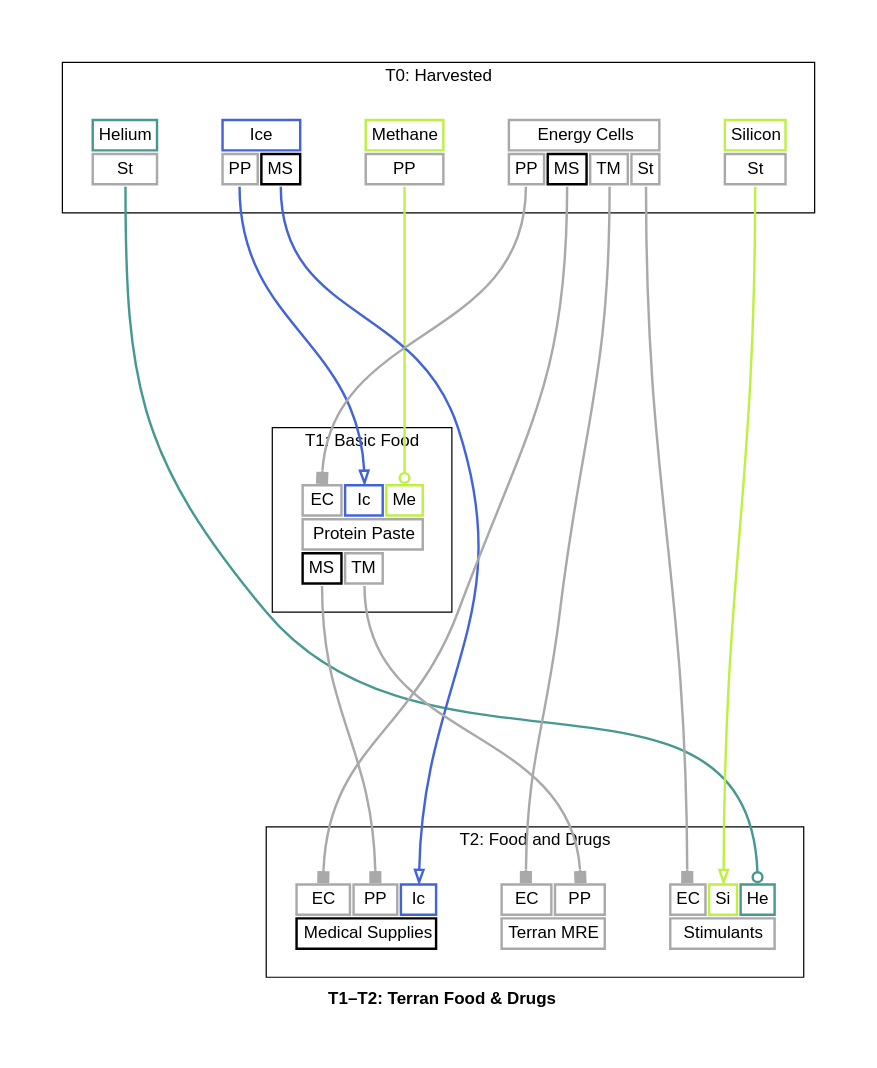
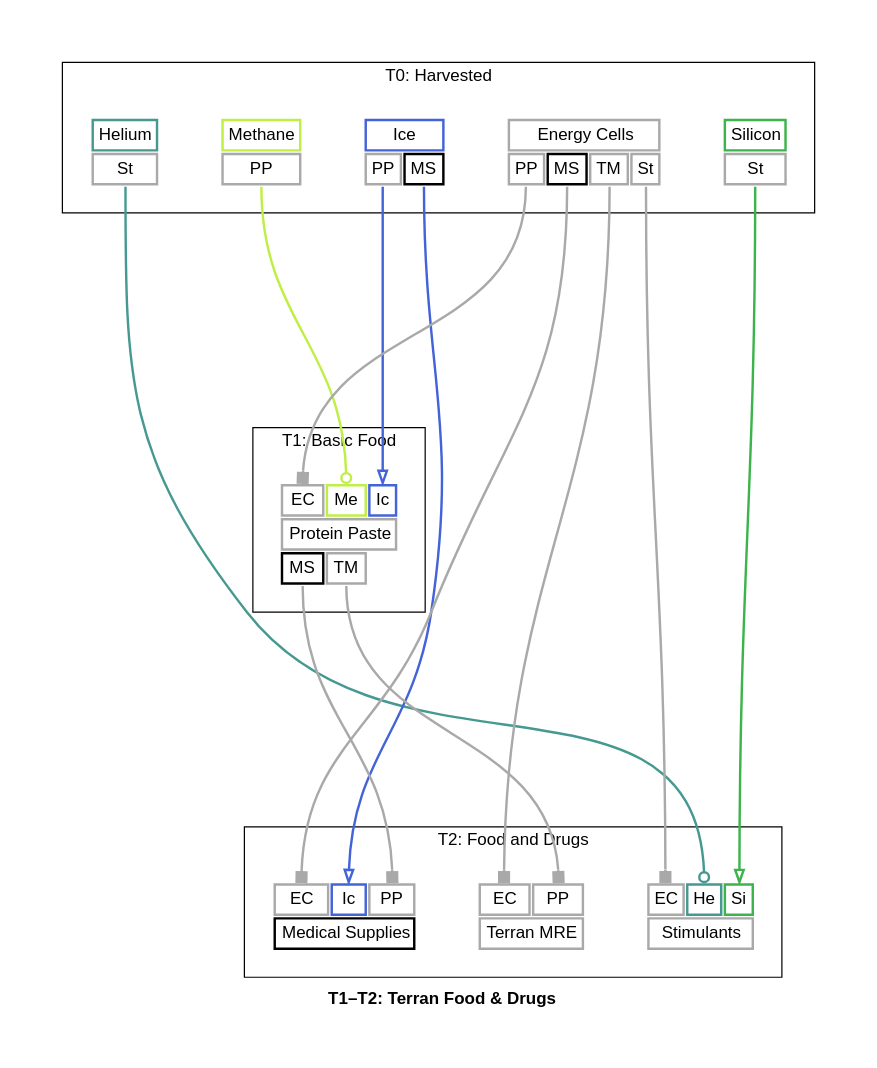
Before and after one commit to borntyping/x4-diagrams: the diagram in docs/t1_t2_terran_food_drugs_graph_full.dot, drawn with Graphviz. The commit also changed 80 other files, not shown here.

```diff
--- a/docs/t1_t2_terran_food_drugs_graph_full.dot
+++ b/docs/t1_t2_terran_food_drugs_graph_full.dot
@@ -1,175 +1,175 @@
 digraph "X4 Economy" {
 	edge [arrowType=normal]
 	compound=true fontname="Helvetica,Arial,sans-serif"
 	label=<<b>T1–T2: Terran Food &amp; Drugs</b>>
 	graph [nodesep=0.3 pad=0.5 ranksep=3]
 	node [color=slategray1 fontname="Helvetica,Arial,sans-serif" margin=0.2 penwidth=2.0 shape=plaintext]
 	edge [arrowhead=normal arrowsize=1.0 fontname="Helvetica,Arial,sans-serif" headport=n penwidth=2.0 tailport=s]
 	subgraph 0 {
 		cluster=true label="T0: Harvested"
 		helium [label=<<table border="0" cellborder="2" cellpadding="4" cellspacing="1" fixedsize="false" id="helium" port="output">
   
   <tr>
     <td align="text" bgcolor="white" color="#469990" colspan="1">Helium</td>
   </tr>
   
     <tr>
       
         <td align="text" bgcolor="white" color="#a9a9a9" port="stimulants">St</td>
       
     </tr>
   
 </table>>]
 		methane [label=<<table border="0" cellborder="2" cellpadding="4" cellspacing="1" fixedsize="false" id="methane" port="output">
   
   <tr>
     <td align="text" bgcolor="white" color="#bfef45" colspan="1">Methane</td>
   </tr>
   
     <tr>
       
         <td align="text" bgcolor="white" color="#a9a9a9" port="protein_paste">PP</td>
       
     </tr>
   
 </table>>]
 		silicon [label=<<table border="0" cellborder="2" cellpadding="4" cellspacing="1" fixedsize="false" id="silicon" port="output">
   
   <tr>
-    <td align="text" bgcolor="white" color="#bfef45" colspan="1">Silicon</td>
+    <td align="text" bgcolor="white" color="#3cb44b" colspan="1">Silicon</td>
   </tr>
   
     <tr>
       
         <td align="text" bgcolor="white" color="#a9a9a9" port="stimulants">St</td>
       
     </tr>
   
 </table>>]
 		ice [label=<<table border="0" cellborder="2" cellpadding="4" cellspacing="1" fixedsize="false" id="ice" port="output">
   
   <tr>
     <td align="text" bgcolor="white" color="#4363d8" colspan="2">Ice</td>
   </tr>
   
     <tr>
       
         <td align="text" bgcolor="white" color="#a9a9a9" port="protein_paste">PP</td>
       
         <td align="text" bgcolor="white" color="#000000" port="medical_supplies">MS</td>
       
     </tr>
   
 </table>>]
 		energy_cells [label=<<table border="0" cellborder="2" cellpadding="4" cellspacing="1" fixedsize="false" id="energy_cells" port="output">
   
   <tr>
     <td align="text" bgcolor="white" color="#a9a9a9" colspan="4">Energy Cells</td>
   </tr>
   
     <tr>
       
         <td align="text" bgcolor="white" color="#a9a9a9" port="protein_paste">PP</td>
       
         <td align="text" bgcolor="white" color="#000000" port="medical_supplies">MS</td>
       
         <td align="text" bgcolor="white" color="#a9a9a9" port="terran_mre">TM</td>
       
         <td align="text" bgcolor="white" color="#a9a9a9" port="stimulants">St</td>
       
     </tr>
   
 </table>>]
 	}
 	subgraph 1 {
 		cluster=true label="T1: Basic Food"
 		protein_paste [label=<<table border="0" cellborder="2" cellpadding="4" cellspacing="1" fixedsize="false" id="protein_paste" port="output">
   
     <tr>
       
         <td align="text" bgcolor="white" color="#a9a9a9" port="energy_cells">EC</td>
       
+        <td align="text" bgcolor="white" color="#bfef45" port="methane">Me</td>
+      
         <td align="text" bgcolor="white" color="#4363d8" port="ice">Ic</td>
-      
-        <td align="text" bgcolor="white" color="#bfef45" port="methane">Me</td>
       
     </tr>
   
   <tr>
     <td align="text" bgcolor="white" color="#a9a9a9" colspan="3">Protein Paste</td>
   </tr>
   
     <tr>
       
         <td align="text" bgcolor="white" color="#000000" port="medical_supplies">MS</td>
       
         <td align="text" bgcolor="white" color="#a9a9a9" port="terran_mre">TM</td>
       
     </tr>
   
 </table>>]
 	}
 	subgraph 2 {
 		cluster=true label="T2: Food and Drugs"
 		medical_supplies [label=<<table border="0" cellborder="2" cellpadding="4" cellspacing="1" fixedsize="false" id="medical_supplies" port="output">
   
     <tr>
       
         <td align="text" bgcolor="white" color="#a9a9a9" port="energy_cells">EC</td>
       
+        <td align="text" bgcolor="white" color="#4363d8" port="ice">Ic</td>
+      
         <td align="text" bgcolor="white" color="#a9a9a9" port="protein_paste">PP</td>
-      
-        <td align="text" bgcolor="white" color="#4363d8" port="ice">Ic</td>
       
     </tr>
   
   <tr>
     <td align="text" bgcolor="white" color="#000000" colspan="3">Medical Supplies</td>
   </tr>
   
 </table>>]
 		terran_mre [label=<<table border="0" cellborder="2" cellpadding="4" cellspacing="1" fixedsize="false" id="terran_mre" port="output">
   
     <tr>
       
         <td align="text" bgcolor="white" color="#a9a9a9" port="energy_cells">EC</td>
       
         <td align="text" bgcolor="white" color="#a9a9a9" port="protein_paste">PP</td>
       
     </tr>
   
   <tr>
     <td align="text" bgcolor="white" color="#a9a9a9" colspan="2">Terran MRE</td>
   </tr>
   
 </table>>]
 		stimulants [label=<<table border="0" cellborder="2" cellpadding="4" cellspacing="1" fixedsize="false" id="stimulants" port="output">
   
     <tr>
       
         <td align="text" bgcolor="white" color="#a9a9a9" port="energy_cells">EC</td>
       
-        <td align="text" bgcolor="white" color="#bfef45" port="silicon">Si</td>
+        <td align="text" bgcolor="white" color="#469990" port="helium">He</td>
       
-        <td align="text" bgcolor="white" color="#469990" port="helium">He</td>
+        <td align="text" bgcolor="white" color="#3cb44b" port="silicon">Si</td>
       
     </tr>
   
   <tr>
     <td align="text" bgcolor="white" color="#a9a9a9" colspan="3">Stimulants</td>
   </tr>
   
 </table>>]
 	}
 	energy_cells:protein_paste:s -> protein_paste:energy_cells:n [arrowhead=box color="#a9a9a9" weight=1.0]
 	ice:protein_paste:s -> protein_paste:ice:n [arrowhead=empty color="#4363d8" weight=1.0]
 	methane:protein_paste:s -> protein_paste:methane:n [arrowhead=odot color="#bfef45" weight=1.0]
 	energy_cells:medical_supplies:s -> medical_supplies:energy_cells:n [arrowhead=box color="#a9a9a9" weight=1.0]
 	ice:medical_supplies:s -> medical_supplies:ice:n [arrowhead=empty color="#4363d8" weight=1.0]
 	protein_paste:medical_supplies:s -> medical_supplies:protein_paste:n [arrowhead=box color="#a9a9a9" weight=1.0]
 	energy_cells:terran_mre:s -> terran_mre:energy_cells:n [arrowhead=box color="#a9a9a9" weight=1.0]
 	protein_paste:terran_mre:s -> terran_mre:protein_paste:n [arrowhead=box color="#a9a9a9" weight=1.0]
 	energy_cells:stimulants:s -> stimulants:energy_cells:n [arrowhead=box color="#a9a9a9" weight=1.0]
 	helium:stimulants:s -> stimulants:helium:n [arrowhead=odot color="#469990" weight=1.0]
-	silicon:stimulants:s -> stimulants:silicon:n [arrowhead=empty color="#bfef45" weight=1.0]
+	silicon:stimulants:s -> stimulants:silicon:n [arrowhead=empty color="#3cb44b" weight=1.0]
 }
```
